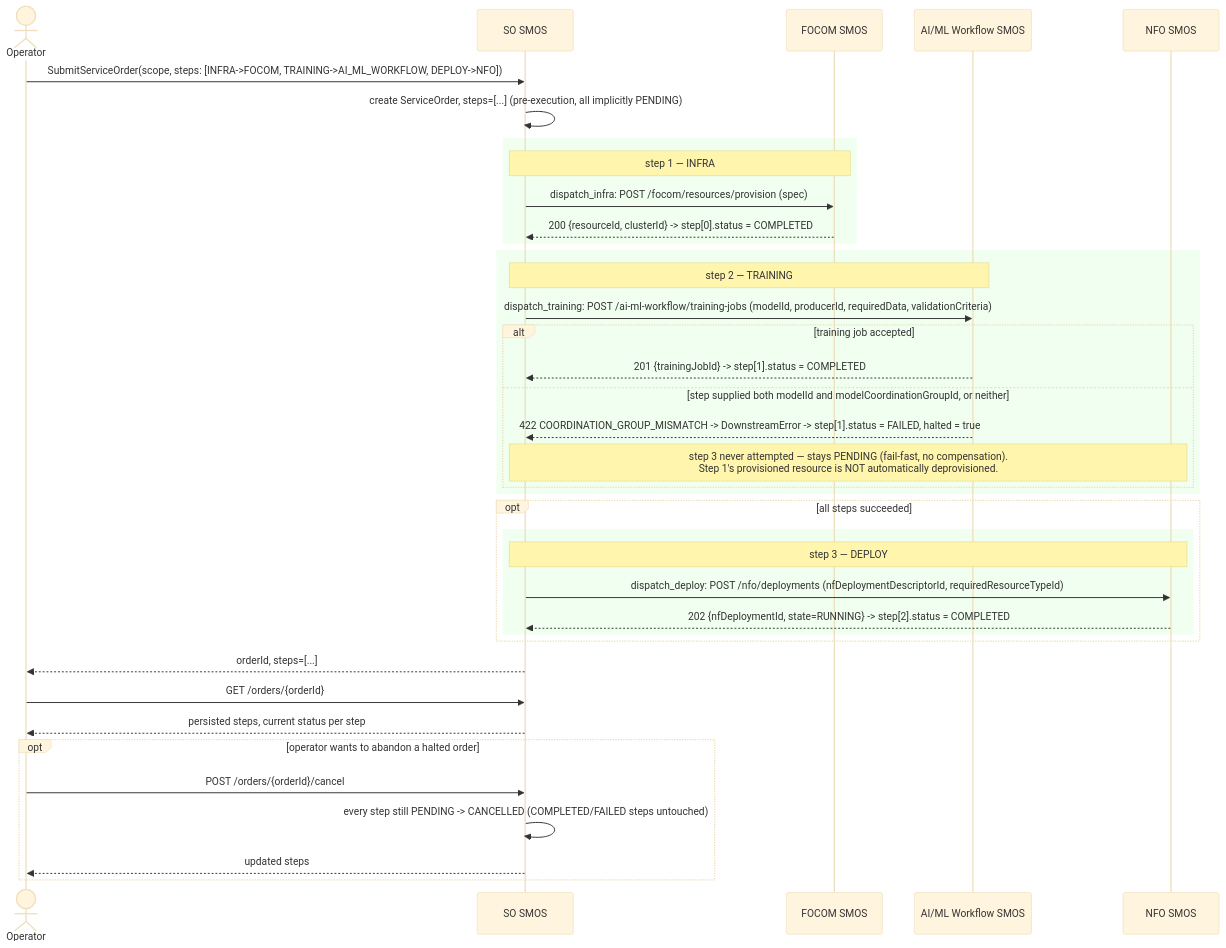
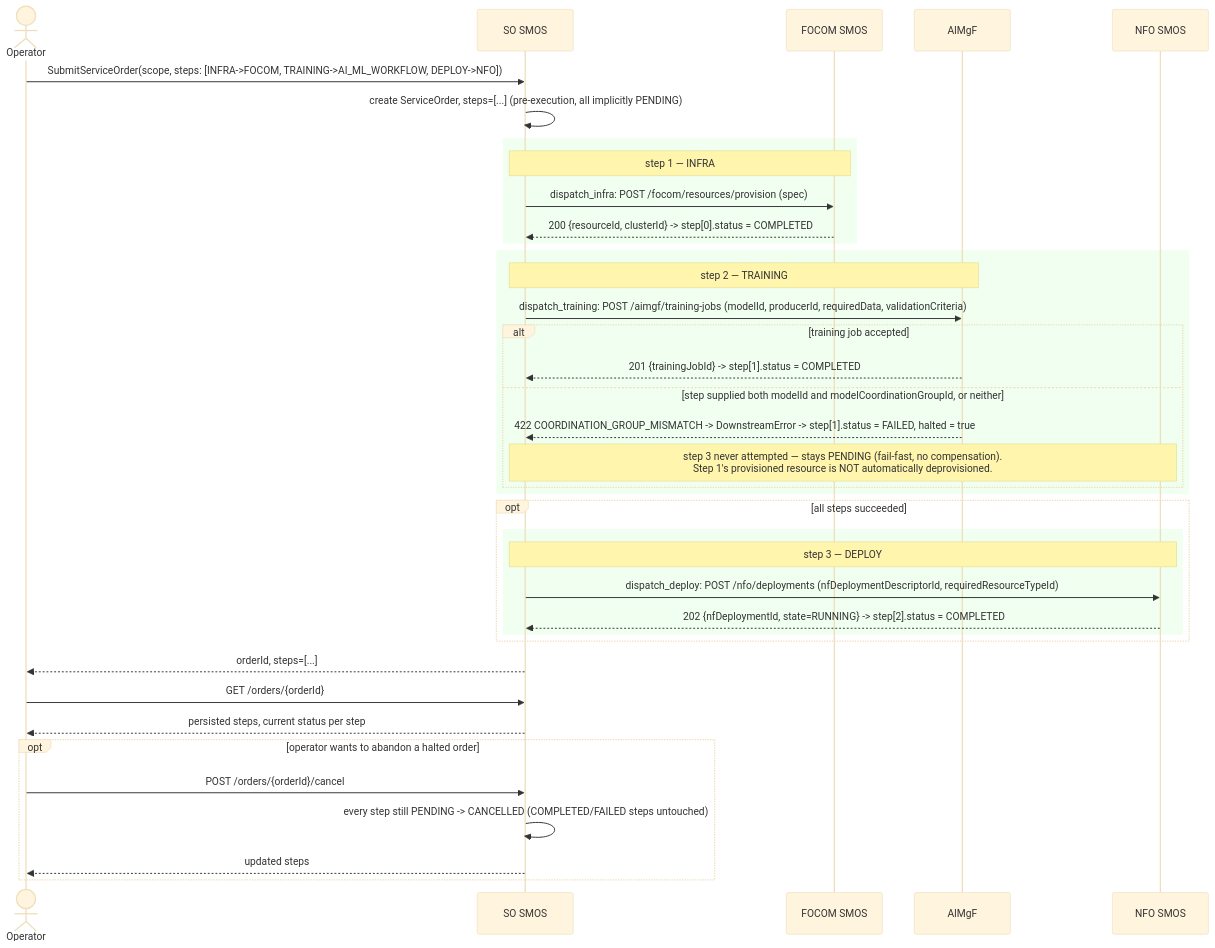
The diagram in smo/docs/call-flows/10-so-smos-multi-step-infra-training-deploy.md (rsys-bshankar/ai-ran-ref), drawn with Mermaid (base theme) before and after one commit. The commit also changed 51 other files, not shown here.

First line of the commit message:
Wave 1: split ai-ml-workflow into aimgf/mlmr/mllf (#101)

````diff
--- a/smo/docs/call-flows/10-so-smos-multi-step-infra-training-deploy.md
+++ b/smo/docs/call-flows/10-so-smos-multi-step-infra-training-deploy.md
@@ -7,47 +7,47 @@
 ```mermaid
 sequenceDiagram
     actor Operator
     participant SO as SO SMOS
     participant Focom as FOCOM SMOS
-    participant AIML as AI/ML Workflow SMOS
+    participant AIML as AIMgF
     participant NFO as NFO SMOS
 
     Operator->>SO: SubmitServiceOrder(scope, steps: [INFRA->FOCOM, TRAINING->AI_ML_WORKFLOW, DEPLOY->NFO])
     SO->>SO: create ServiceOrder, steps=[...] (pre-execution, all implicitly PENDING)
 
     rect rgb(240, 255, 240)
     Note over SO,Focom: step 1 — INFRA
     SO->>Focom: dispatch_infra: POST /focom/resources/provision (spec)
     Focom-->>SO: 200 {resourceId, clusterId} -> step[0].status = COMPLETED
     end
 
     rect rgb(240, 255, 240)
     Note over SO,AIML: step 2 — TRAINING
-    SO->>AIML: dispatch_training: POST /ai-ml-workflow/training-jobs (modelId, producerId, requiredData, validationCriteria)
+    SO->>AIML: dispatch_training: POST /aimgf/training-jobs (modelId, producerId, requiredData, validationCriteria)
     alt training job accepted
         AIML-->>SO: 201 {trainingJobId} -> step[1].status = COMPLETED
     else step supplied both modelId and modelCoordinationGroupId, or neither
         AIML-->>SO: 422 COORDINATION_GROUP_MISMATCH -> DownstreamError -> step[1].status = FAILED, halted = true
         Note over SO,NFO: step 3 never attempted — stays PENDING (fail-fast, no compensation).<br/>Step 1's provisioned resource is NOT automatically deprovisioned.
     end
     end
 
     opt all steps succeeded
         rect rgb(240, 255, 240)
         Note over SO,NFO: step 3 — DEPLOY
         SO->>NFO: dispatch_deploy: POST /nfo/deployments (nfDeploymentDescriptorId, requiredResourceTypeId)
         NFO-->>SO: 202 {nfDeploymentId, state=RUNNING} -> step[2].status = COMPLETED
         end
     end
 
     SO-->>Operator: orderId, steps=[...]
 
     Operator->>SO: GET /orders/{orderId}
     SO-->>Operator: persisted steps, current status per step
 
     opt operator wants to abandon a halted order
         Operator->>SO: POST /orders/{orderId}/cancel
         SO->>SO: every step still PENDING -> CANCELLED (COMPLETED/FAILED steps untouched)
         SO-->>Operator: updated steps
     end
 ```
````
